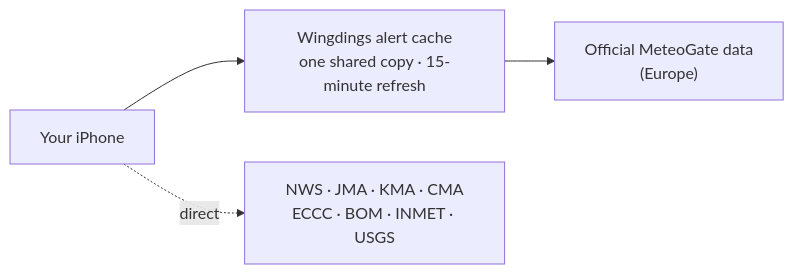
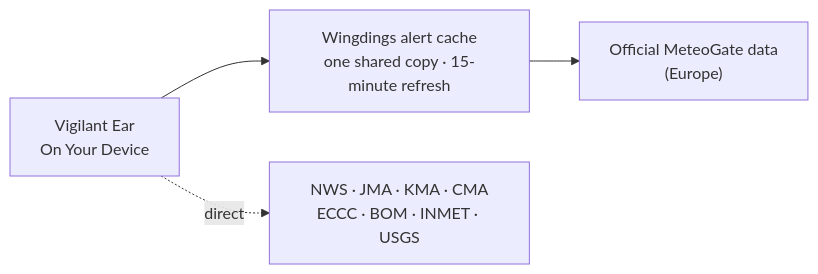
Before and after one commit to rpalm01-star/VigilantEarLegal: the fourth of 4 diagrams in README.md, drawn with Mermaid.

Commit message:
README: weather diagram node is the app, not the phone.

````diff
--- a/README.md
+++ b/README.md
@@ -151,6 +151,6 @@
 ```mermaid
 graph LR
-    P1["Your iPhone"] --> W["Wingdings alert cache<br/>one shared copy · 15-minute refresh"]
+    P1["Vigilant Ear<br/>On Your Device"] --> W["Wingdings alert cache<br/>one shared copy · 15-minute refresh"]
     W --> M["Official MeteoGate data<br/>(Europe)"]
     P1 -.direct.-> N["NWS · JMA · KMA · CMA<br/>ECCC · BOM · INMET · USGS"]
 ```
````
